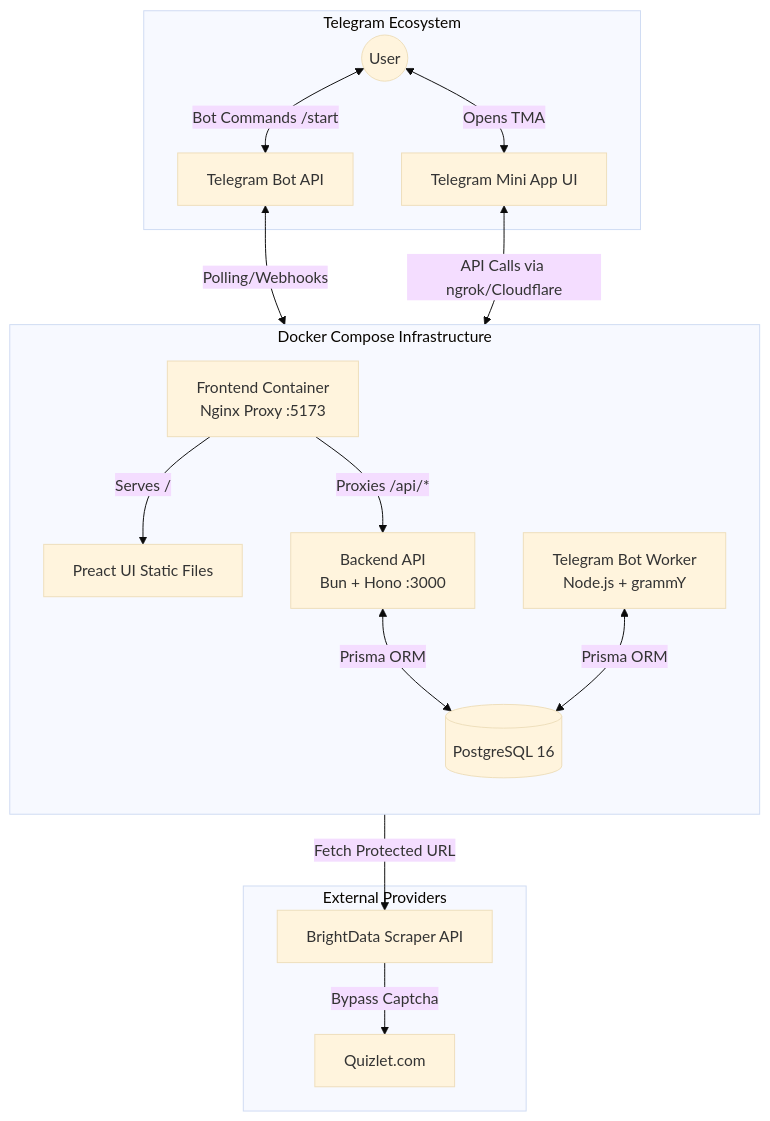
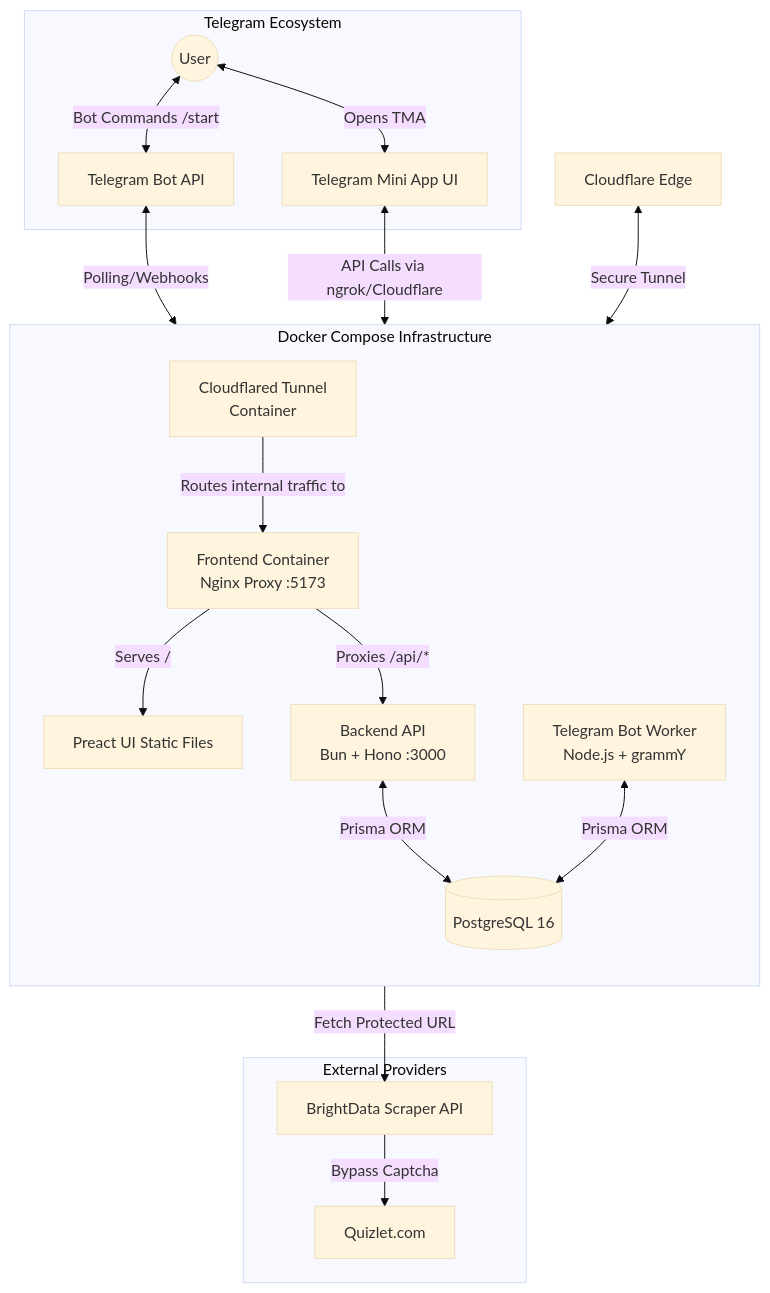
The first of 2 diagrams in README.md (sasha-o6/quizlet-study-bot), drawn with Mermaid (base theme) before and after one commit. The commit also changed other lines of this file and 1 other file, not shown here.

Commit message:
add cloudflared

````diff
--- a/README.md
+++ b/README.md
@@ -11,42 +11,45 @@
 ```mermaid
 graph TD
     subgraph "Telegram Ecosystem"
         User((User))
         TGBot[Telegram Bot API]
         TMA[Telegram Mini App UI]
     end
 
     subgraph "Docker Compose Infrastructure"
         direction TB
         
         Nginx[Frontend Container<br>Nginx Proxy :5173]
         UI[Preact UI Static Files]
         Backend[Backend API<br>Bun + Hono :3000]
         Bot[Telegram Bot Worker<br>Node.js + grammY]
         DB[(PostgreSQL 16)]
+        Tunnel[Cloudflared Tunnel<br>Container]
         
         Nginx -->|Serves / | UI
         Nginx -->|Proxies /api/*| Backend
+        Tunnel -->|Routes internal traffic to| Nginx
     end
     
     subgraph "External Providers"
         BrightData[BrightData Scraper API]
         Quizlet[Quizlet.com]
     end
 
     %% User Interactions
     User <-->|Bot Commands /start| TGBot
     User <-->|Opens TMA| TMA
     TGBot <-->|Polling/Webhooks| Bot
     
     %% API & WebApp routing
     TMA <-->|API Calls via ngrok/Cloudflare| Nginx
+    Cloudflare[Cloudflare Edge] <-->|Secure Tunnel| Tunnel
     
     %% Backend & DB connections
     Backend <-->|Prisma ORM| DB
     Bot <-->|Prisma ORM| DB
     
     %% Scraping Logic
     Backend -->|Fetch Protected URL| BrightData
     BrightData -->|Bypass Captcha| Quizlet
 ```
````
